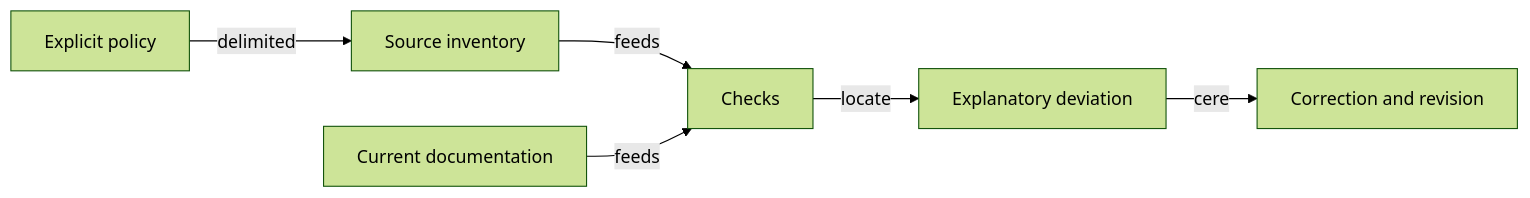
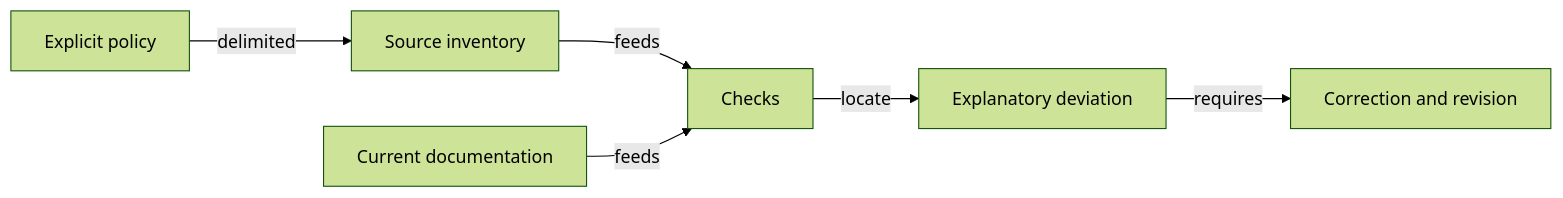
Before and after one commit to crististefanita/atf_j4: the diagram in docs/governance/README.md, drawn with Mermaid (forest theme). The commit also changed other lines of this file and 126 other files, not shown here.

````diff
--- a/docs/governance/README.md
+++ b/docs/governance/README.md
@@ -15,8 +15,8 @@
 ```mermaid
 flowchart LR
     POLICY[Explicit policy] -->|delimited| INVENTORY[Source inventory]
     INVENTORY -->|feeds| GUARDS[Checks]
     DOCS[Current documentation] -->|feeds| GUARDS
     GUARDS -->|locate| FINDING[Explanatory deviation]
-    FINDING -->|cere| REVIEW[Correction and revision]
+    FINDING -->|requires| REVIEW[Correction and revision]
 ```
````
